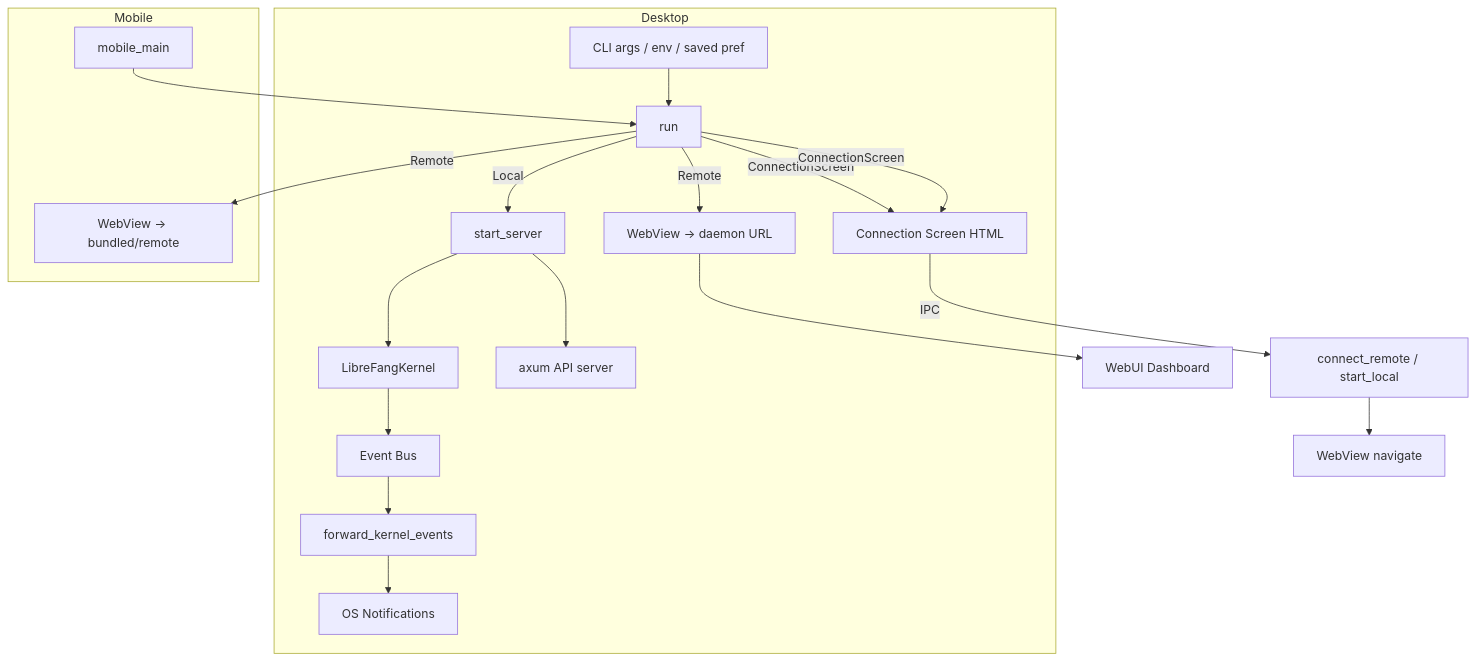
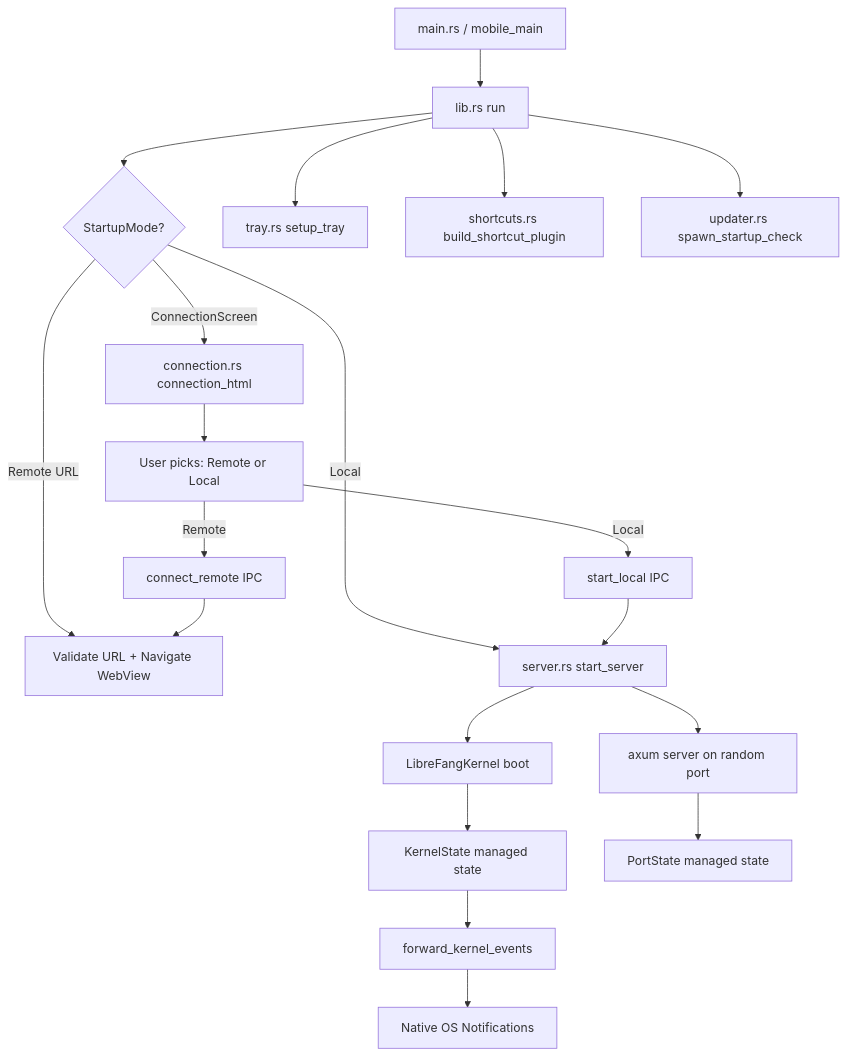
The diagram in desktop-application.md (leszek3737/librefang-WIki), drawn with Mermaid before and after one commit. The commit also changed other lines of this file and 128 other files, not shown here.

````diff
--- a/desktop-application.md
+++ b/desktop-application.md
@@ -9,22 +9,22 @@
 ```mermaid
 graph TD
-    subgraph Desktop
-        CLI[CLI args / env / saved pref] --> RUN[run]
-        RUN -->|ConnectionScreen| CS[Connection Screen HTML]
-        RUN -->|Local| SRV[start_server]
-        RUN -->|Remote| WV[WebView → daemon URL]
-        SRV --> K[LibreFangKernel]
-        SRV --> AX[axum API server]
-        K --> EV[Event Bus]
-        EV --> FWD[forward_kernel_events]
-        FWD --> NOTIF[OS Notifications]
-    end
-    subgraph Mobile
-        MOB[mobile_main] --> RUN
-        RUN -->|Remote| MWV[WebView → bundled/remote]
-        RUN -->|ConnectionScreen| CS
-    end
-    WV --> UI[WebUI Dashboard]
-    CS -->|IPC| CONNECT[connect_remote / start_local]
-    CONNECT --> WV2[WebView navigate]
+    A[main.rs / mobile_main] --> B[lib.rs run]
+    B --> C{StartupMode?}
+    C -->|Remote URL| D[Validate URL + Navigate WebView]
+    C -->|Local| E[server.rs start_server]
+    C -->|ConnectionScreen| F[connection.rs connection_html]
+    E --> G[LibreFangKernel boot]
+    E --> H[axum server on random port]
+    G --> I[KernelState managed state]
+    H --> J[PortState managed state]
+    F --> K[User picks: Remote or Local]
+    K -->|Remote| L[connect_remote IPC]
+    K -->|Local| M[start_local IPC]
+    L --> D
+    M --> E
+    B --> N[tray.rs setup_tray]
+    B --> O[shortcuts.rs build_shortcut_plugin]
+    B --> P[updater.rs spawn_startup_check]
+    I --> Q[forward_kernel_events]
+    Q --> R[Native OS Notifications]
 ```
````
